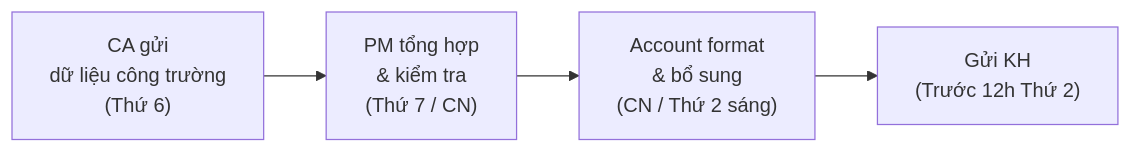
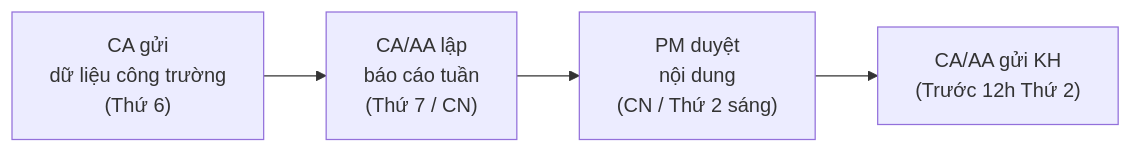
One commit to namdh9939/SOP-QLDA-TLXN changed the diagram in 02-ACCOUNT/bao-cao-dinh-ky-cho-kh.md. Above: the diagram before and after it, drawn with Mermaid. The commit also changed other lines of this file and 5 other files, not shown here.

````diff
--- a/02-ACCOUNT/bao-cao-dinh-ky-cho-kh.md
+++ b/02-ACCOUNT/bao-cao-dinh-ky-cho-kh.md
@@ -29,6 +29,6 @@
 ```mermaid
 flowchart LR
-    A["CA gửi<br/>dữ liệu công trường<br/>(Thứ 6)"] --> B["PM tổng hợp<br/>& kiểm tra<br/>(Thứ 7 / CN)"]
-    B --> C["Account format<br/>& bổ sung<br/>(CN / Thứ 2 sáng)"]
-    C --> D["Gửi KH<br/>(Trước 12h Thứ 2)"]
+    A["CA gửi<br/>dữ liệu công trường<br/>(Thứ 6)"] --> B["CA/AA lập<br/>báo cáo tuần<br/>(Thứ 7 / CN)"]
+    B --> C["PM duyệt<br/>nội dung<br/>(CN / Thứ 2 sáng)"]
+    C --> D["CA/AA gửi KH<br/>(Trước 12h Thứ 2)"]
 ```
````
